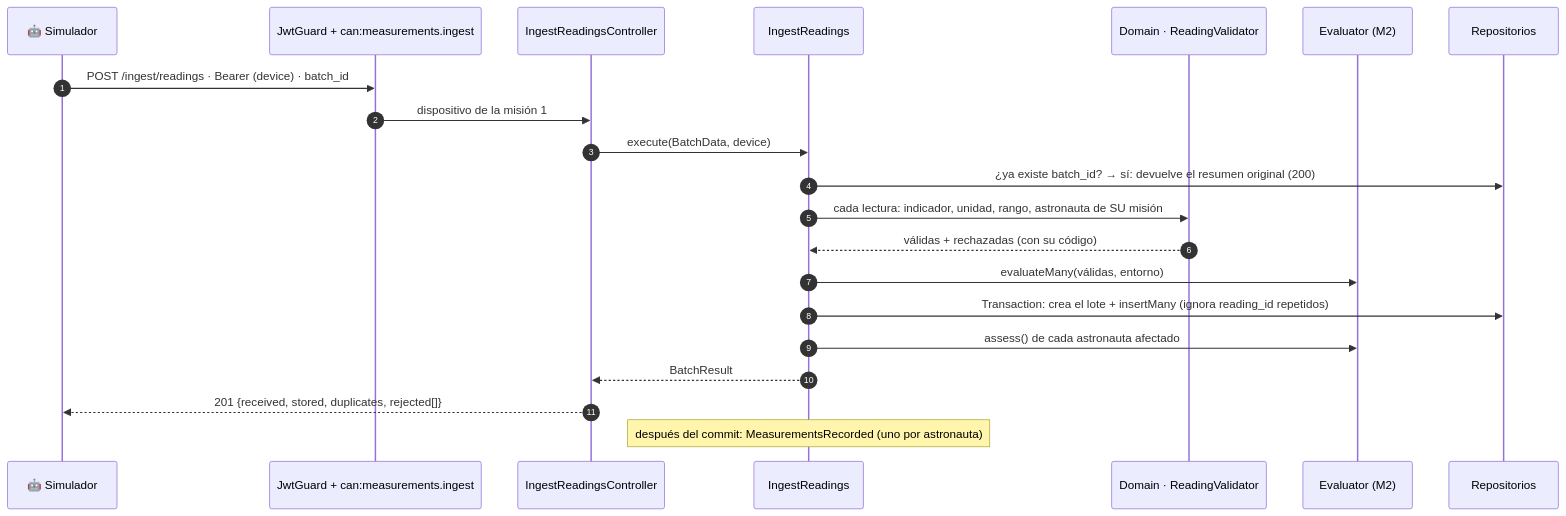
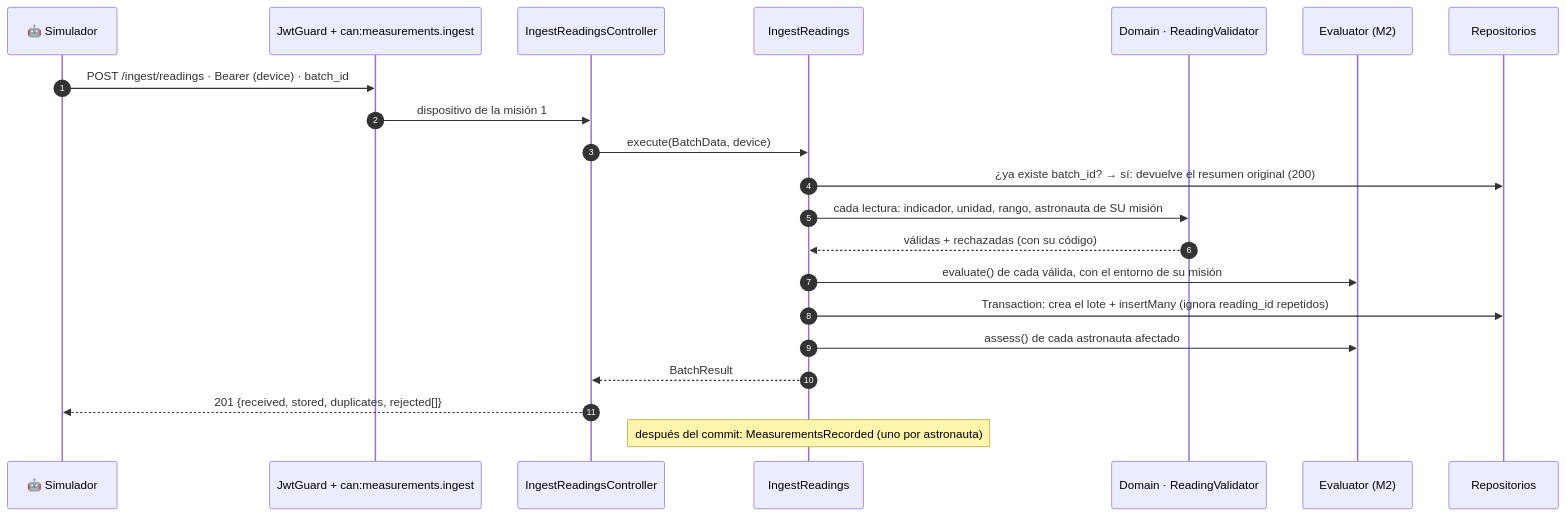
One commit to HACKATHON-NASA/ARTEMIS-III changed the diagram in astrohealth/docs/backend/M1-registro/README.md. Above: the diagram before and after it, drawn with Mermaid. The commit also changed other lines of this file and 68 other files, not shown here.

````diff
--- a/astrohealth/docs/backend/M1-registro/README.md
+++ b/astrohealth/docs/backend/M1-registro/README.md
@@ -22,23 +22,23 @@
 ```mermaid
 sequenceDiagram
     autonumber
     participant S as 🤖 Simulador
     participant G as JwtGuard + can:measurements.ingest
     participant C as IngestReadingsController
     participant U as IngestReadings
     participant D as Domain · ReadingValidator
     participant E as Evaluator (M2)
     participant R as Repositorios
     S->>G: POST /ingest/readings · Bearer (device) · batch_id
     G->>C: dispositivo de la misión 1
     C->>U: execute(BatchData, device)
     U->>R: ¿ya existe batch_id? → sí: devuelve el resumen original (200)
     U->>D: cada lectura: indicador, unidad, rango, astronauta de SU misión
     D-->>U: válidas + rechazadas (con su código)
-    U->>E: evaluateMany(válidas, entorno)
+    U->>E: evaluate() de cada válida, con el entorno de su misión
     U->>R: Transaction: crea el lote + insertMany (ignora reading_id repetidos)
     U->>E: assess() de cada astronauta afectado
     U-->>C: BatchResult
     C-->>S: 201 {received, stored, duplicates, rejected[]}
     Note over U: después del commit: MeasurementsRecorded (uno por astronauta)
 ```
````
